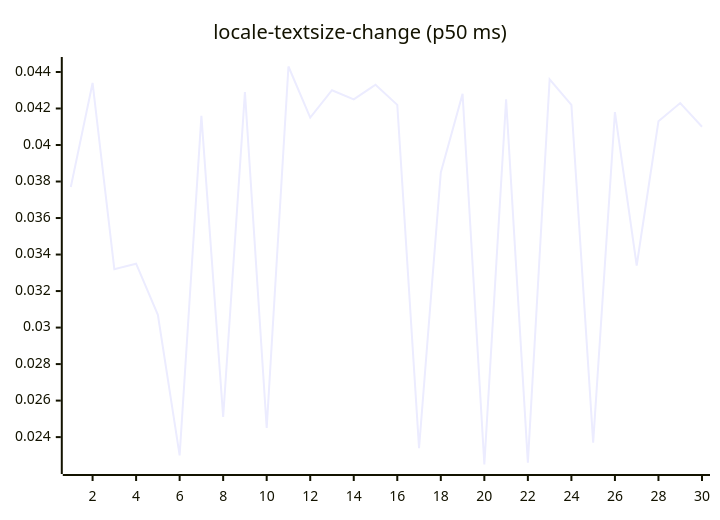
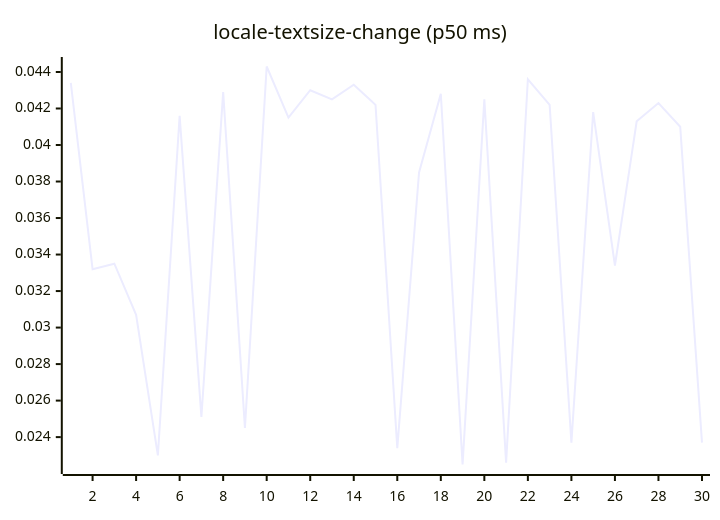
One commit to josha/Facet changed diagram 13 of 27 in README.md. Above: the diagram before and after it, drawn with Mermaid. The commit also changed other lines of this file and 2 other files, not shown here.

````diff
--- a/README.md
+++ b/README.md
@@ -147,6 +147,6 @@
 ```mermaid
 xychart-beta
     title "locale-textsize-change (p50 ms)"
     x-axis 1 --> 30
-    line [0.0377, 0.0434, 0.0332, 0.0335, 0.0307, 0.0230, 0.0416, 0.0251, 0.0429, 0.0245, 0.0443, 0.0415, 0.0430, 0.0425, 0.0433, 0.0422, 0.0234, 0.0385, 0.0428, 0.0225, 0.0425, 0.0226, 0.0436, 0.0422, 0.0237, 0.0418, 0.0334, 0.0413, 0.0423, 0.0410]
+    line [0.0434, 0.0332, 0.0335, 0.0307, 0.0230, 0.0416, 0.0251, 0.0429, 0.0245, 0.0443, 0.0415, 0.0430, 0.0425, 0.0433, 0.0422, 0.0234, 0.0385, 0.0428, 0.0225, 0.0425, 0.0226, 0.0436, 0.0422, 0.0237, 0.0418, 0.0334, 0.0413, 0.0423, 0.0410, 0.0237]
 ```
````
